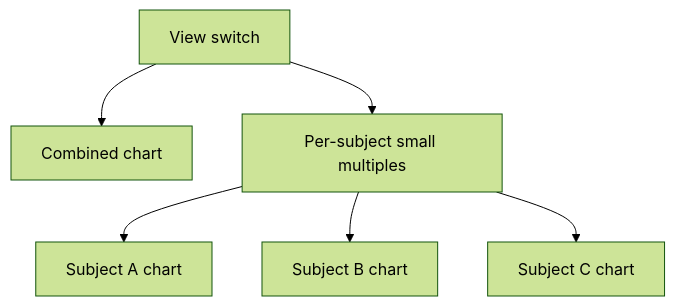
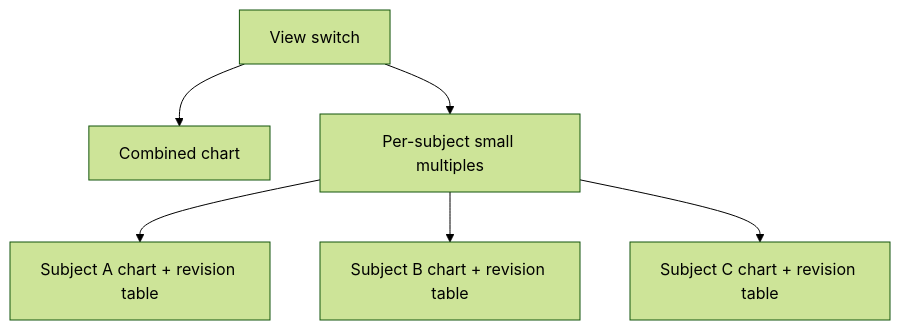
Before and after one commit to rasikasrimal/Spaced-Repetition-App: the tenth of 10 diagrams in docs/architecture.md, drawn with Mermaid (forest theme). The commit also changed other lines of this file and 57 other files, not shown here.

Commit message:
Refresh documentation for latest timeline and dashboard updates

````diff
--- a/docs/architecture.md
+++ b/docs/architecture.md
@@ -165,8 +169,8 @@
 ```mermaid
 graph TD
   V[View switch] --> C[Combined chart]
   V --> P[Per-subject small multiples]
-  P --> P1[Subject A chart]
-  P --> P2[Subject B chart]
-  P --> P3[Subject C chart]
+  P --> P1[Subject A chart + revision table]
+  P --> P2[Subject B chart + revision table]
+  P --> P3[Subject C chart + revision table]
 ```
````
